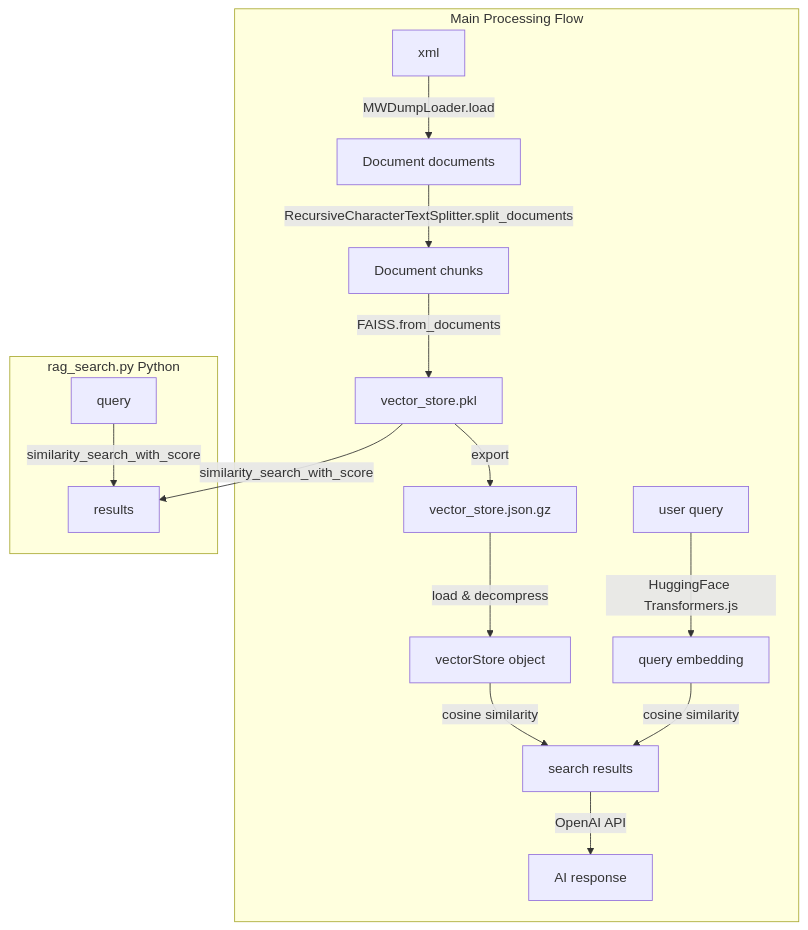
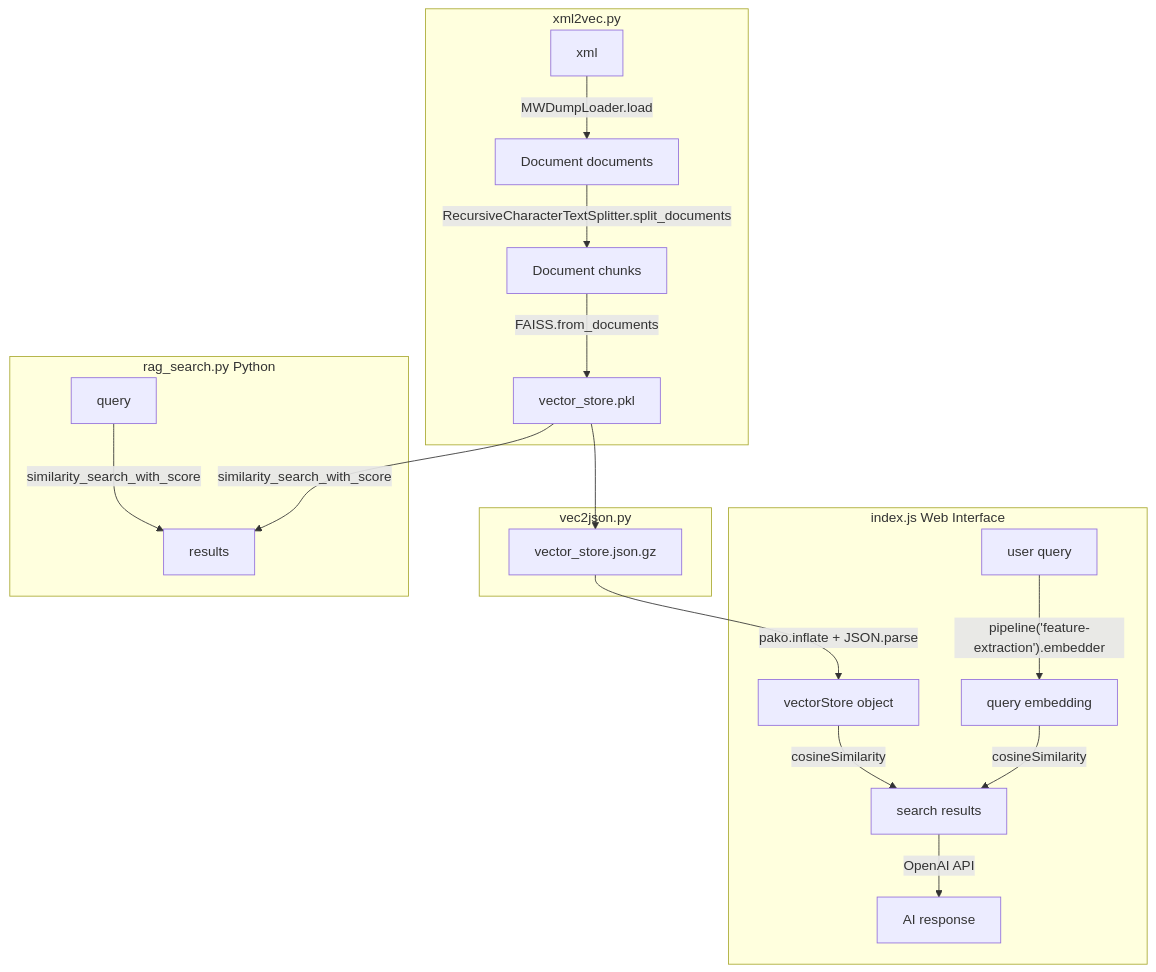
Before and after one commit to koteitan/googolbook-lm: the diagram in tools/rag/README.md, drawn with Mermaid.

Commit message:
Improve mermaid diagram with specific function names and better layout
- Reorganize mermaid diagram into individual subgraphs for xml2vec.py, vec2json.py, index.js, and rag_search.py
- Add specific function names: pako.inflate + JSON.parse, pipeline('feature-extraction').embedder, cosineSimilarity
- Fix mermaid syntax errors by properly escaping special characters in labels
- Improve clarity of processing boundaries between different tools

🤖 Generated with [Claude Code](https://claude.ai/code)

````diff
--- a/tools/rag/README.md
+++ b/tools/rag/README.md
@@ -9,19 +9,25 @@
 ```mermaid
 graph TD
-    subgraph main_flow["Main Processing Flow"]
+    subgraph xml2vec["xml2vec.py"]
         A[xml] -->|MWDumpLoader.load| B[Document documents]
         B -->|RecursiveCharacterTextSplitter.split_documents| C[Document chunks]
         C -->|FAISS.from_documents| D[vector_store.pkl]
-        D -->|export| G[vector_store.json.gz]
-        G -->|load & decompress| H[vectorStore object]
-        I[user query] -->|HuggingFace Transformers.js| J[query embedding]
-        H -->|cosine similarity| K[search results]
-        J -->|cosine similarity| K
+    end
+    
+    subgraph vec2json["vec2json.py"]
+        D --> G[vector_store.json.gz]
+    end
+    
+    subgraph web_interface["index.js Web Interface"]
+        G -->|pako.inflate + JSON.parse| H[vectorStore object]
+        I[user query] -->|"pipeline('feature-extraction').embedder"| J[query embedding]
+        H -->|cosineSimilarity| K[search results]
+        J -->|cosineSimilarity| K
         K -->|OpenAI API| L[AI response]
     end
     
     subgraph python_search["rag_search.py Python"]
         E[query] -->|similarity_search_with_score| F[results]
         D -->|similarity_search_with_score| F
     end
 ```
````
